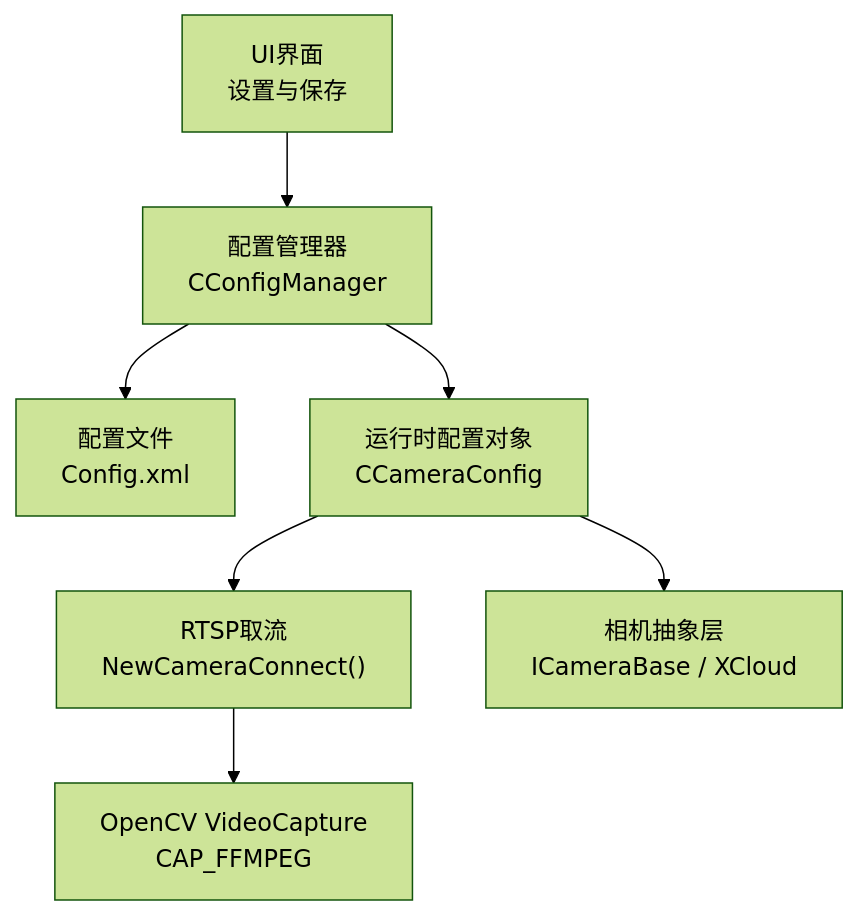
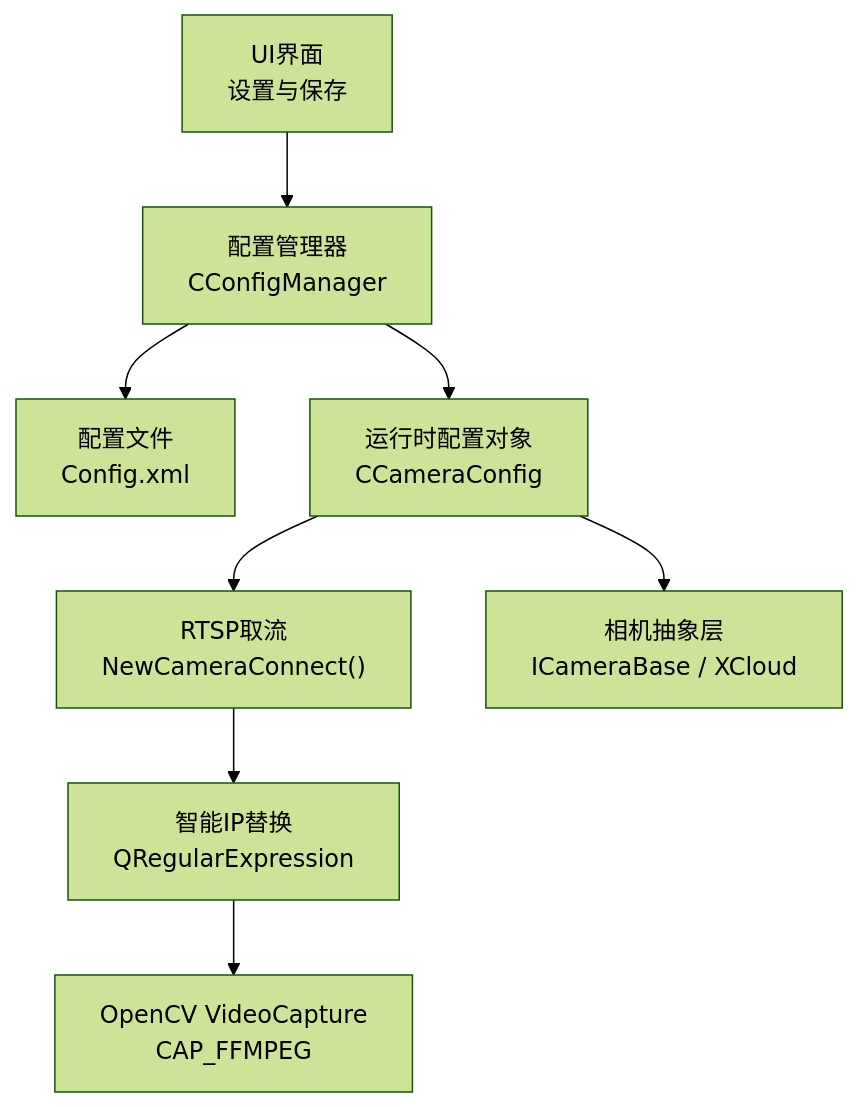
One commit to yangreest/Zero-value-Insulator-Robot-V2 changed the first of 4 diagrams in .qoder/repowiki/zh/content/用户手册/系统设置配置/摄像头配置.md. Above: the diagram before and after it, drawn with Mermaid (forest theme). The commit also changed other lines of this file and 6 other files, not shown here.

````diff
--- a/.qoder/repowiki/zh/content/用户手册/系统设置配置/摄像头配置.md
+++ b/.qoder/repowiki/zh/content/用户手册/系统设置配置/摄像头配置.md
@@ -39,9 +47,10 @@
 ```mermaid
 graph TB
 A["UI界面<br/>设置与保存"] --> B["配置管理器<br/>CConfigManager"]
 B --> C["配置文件<br/>Config.xml"]
 B --> D["运行时配置对象<br/>CCameraConfig"]
 D --> E["RTSP取流<br/>NewCameraConnect()"]
-E --> F["OpenCV VideoCapture<br/>CAP_FFMPEG"]
-D --> G["相机抽象层<br/>ICameraBase / XCloud"]
+E --> F["智能IP替换<br/>QRegularExpression"]
+F --> G["OpenCV VideoCapture<br/>CAP_FFMPEG"]
+D --> H["相机抽象层<br/>ICameraBase / XCloud"]
 ```
````
